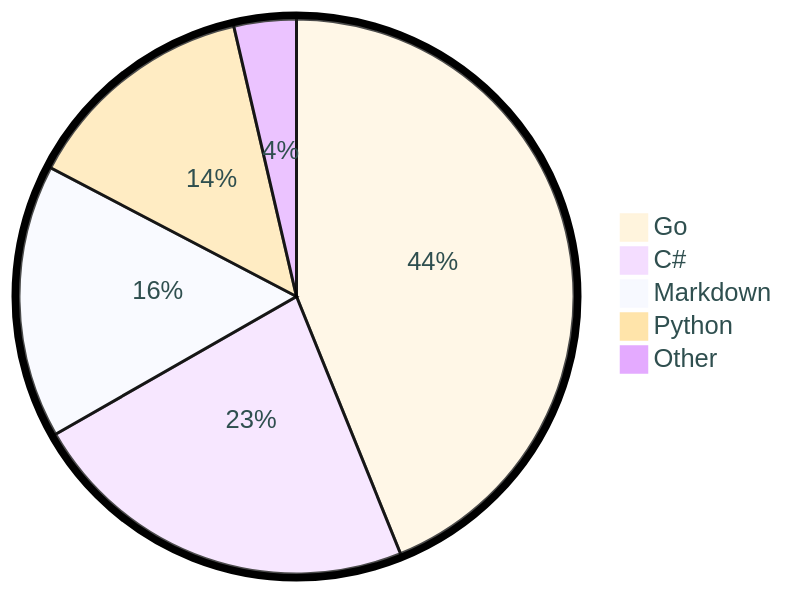
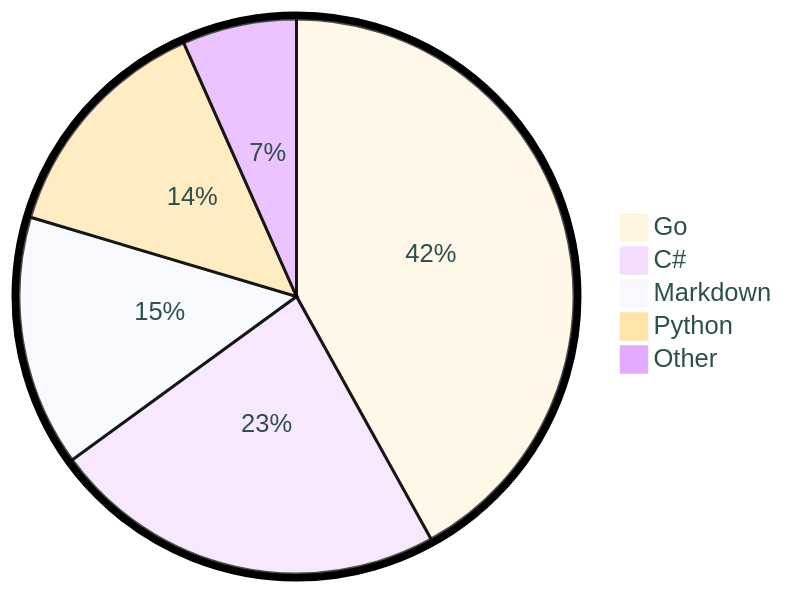
One commit to tot0p/tot0p changed the diagram in README.md. Above: the diagram before and after it, drawn with Mermaid. The commit also changed other lines of this file, not shown here.

````diff
--- a/README.md
+++ b/README.md
@@ -83,9 +83,9 @@
 ```mermaid
 %%{init: {"pie": {"textPosition": 0.5}, "themeVariables": {"pieOuterStrokeWidth": "5px","primaryTextColor" : "#2F4F4F"},"theme":"base"} }%%
 pie
-	"Go": 43.88
-	"C#": 22.85
-	"Markdown": 15.94
-	"Python": 13.69
-	"Other": 3.6299999999999994
+	"Go": 41.94
+	"C#": 23.04
+	"Markdown": 14.63
+	"Python": 13.73
+	"Other": 6.659999999999999
 ```
````
